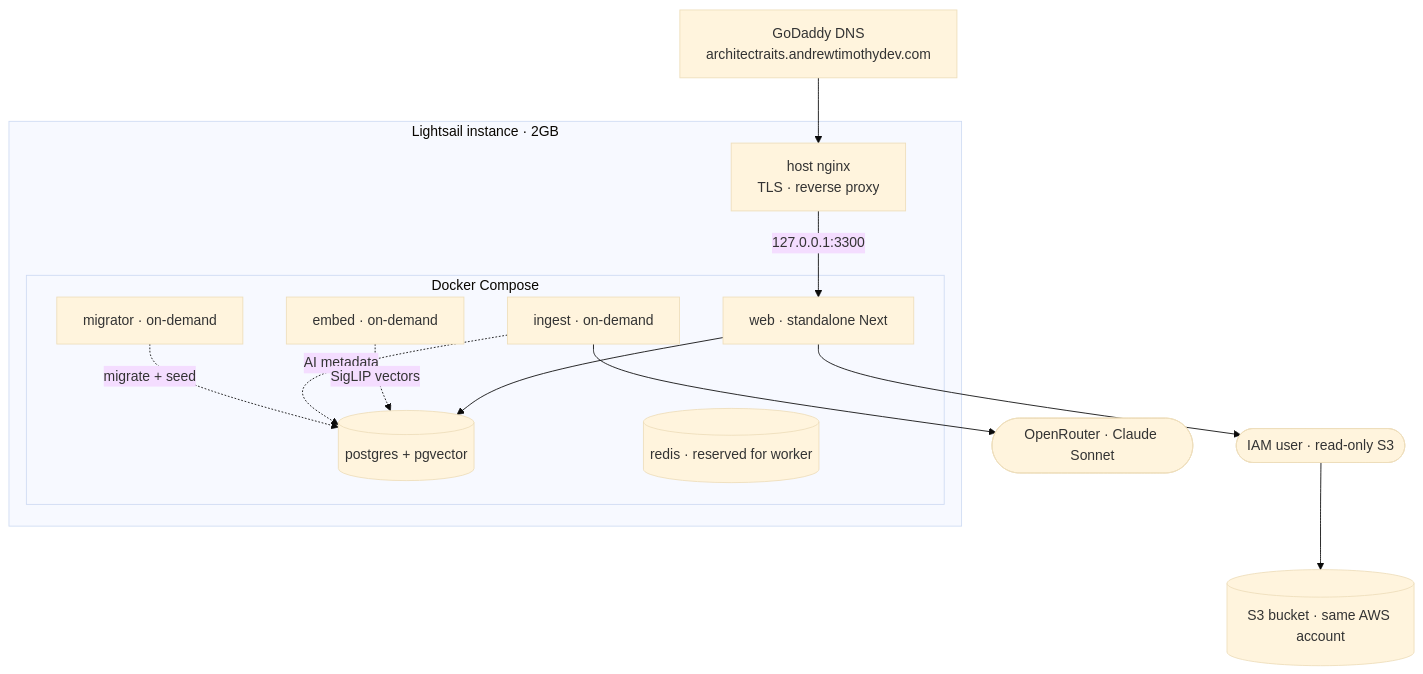
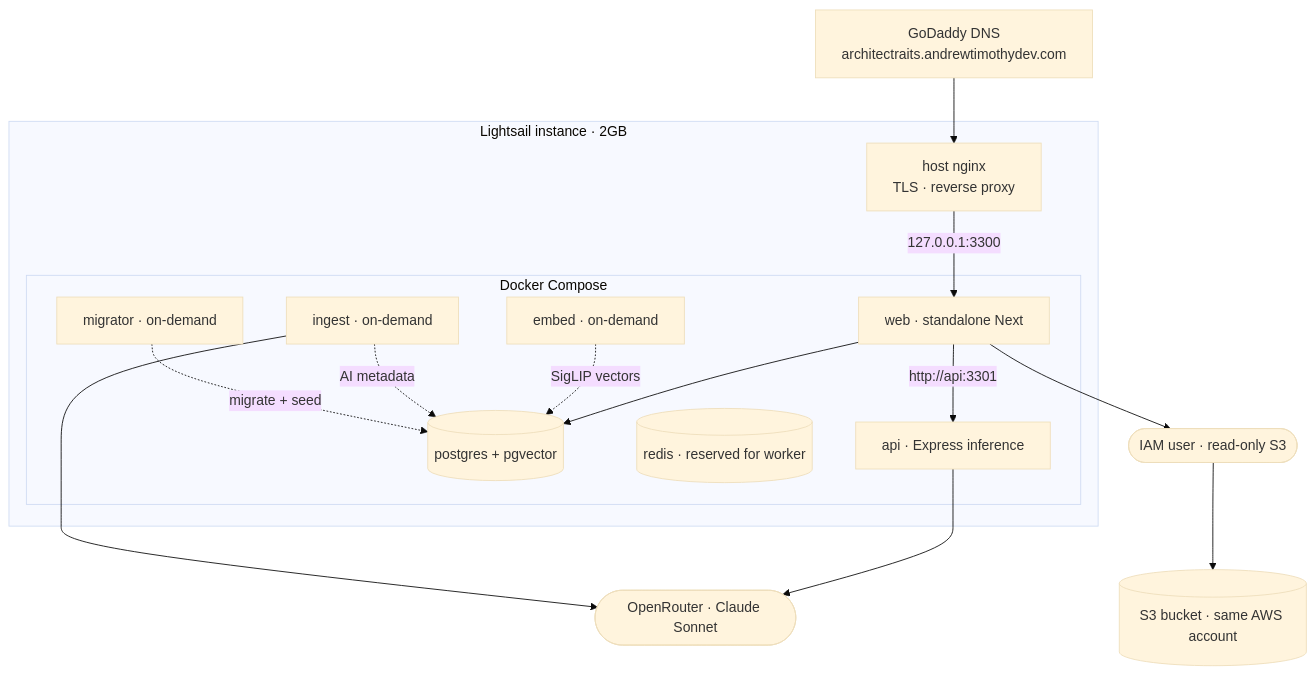
One commit to Dragon-Of-Dojima/architectrAIts changed the fifth of 5 diagrams in README.md. Above: the diagram before and after it, drawn with Mermaid (base theme). The commit also changed other lines of this file and 6 other files, not shown here.

````diff
--- a/README.md
+++ b/README.md
@@ -98,22 +122,25 @@
 ```mermaid
 flowchart TB
     DNS[GoDaddy DNS<br/>architectraits.andrewtimothydev.com] --> NGINX
 
     subgraph LS[Lightsail instance · 2GB]
         NGINX[host nginx<br/>TLS · reverse proxy]
         subgraph DC[Docker Compose]
             Web[web · standalone Next]
+            API[api · Express inference]
             PG[(postgres + pgvector)]
             R[(redis · reserved for worker)]
             Mig[migrator · on-demand]-. migrate + seed .-> PG
             Ing[ingest · on-demand]-. AI metadata .-> PG
             Emb[embed · on-demand]-. SigLIP vectors .-> PG
         end
         NGINX -->|127.0.0.1:3300| Web
         Web --> PG
+        Web -->|http://api:3301| API
     end
 
     Ing --> ORouter([OpenRouter · Claude Sonnet])
+    API --> ORouter
     Web --> IAM([IAM user · read-only S3])
     IAM --> S3[(S3 bucket · same AWS account)]
 ```
````
